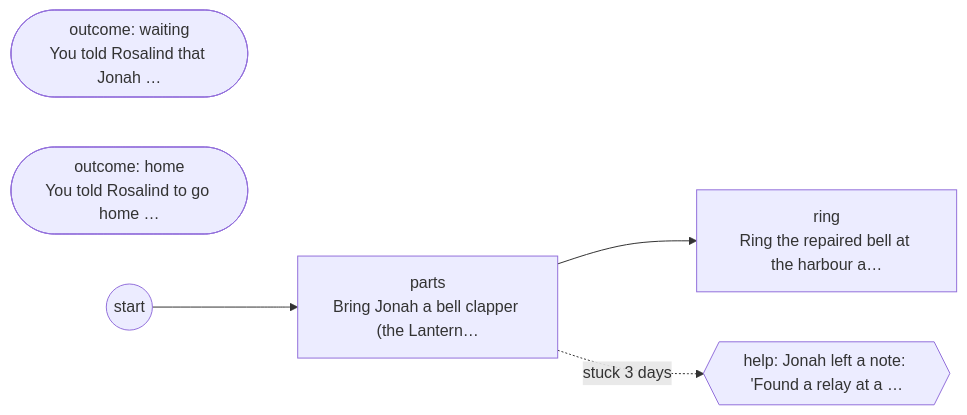
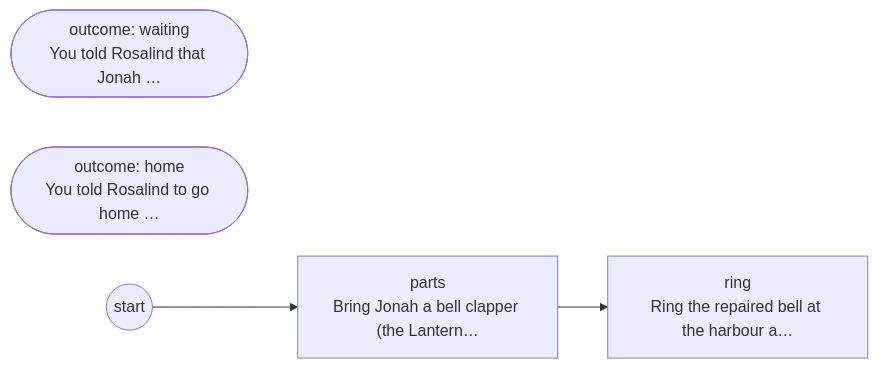
Diagram 13 of 15 in docs/generated/cases.md (DoctorStrangeSH/ECHOES-OF-THE-VEIL), drawn with Mermaid before and after one commit. The commit also changed other lines of this file and 46 other files, not shown here.

````diff
--- a/docs/generated/cases.md
+++ b/docs/generated/cases.md
@@ -224,11 +189,9 @@
 ```mermaid
 flowchart LR
   case_bell_parts["parts<br/>Bring Jonah a bell clapper (the Lantern…"]
   case_bell_ring["ring<br/>Ring the repaired bell at the harbour a…"]
   case_bell_parts --> case_bell_ring
   case_bell_out_waiting(["outcome: waiting<br/>You told Rosalind that Jonah …"])
   case_bell_out_home(["outcome: home<br/>You told Rosalind to go home …"])
   case_bell_START(("start")) --> case_bell_parts
-  case_bell_ff_0{{"help: Jonah left a note: 'Found a relay at a …"}}
-  case_bell_parts -.->|"stuck 3 days"| case_bell_ff_0
 ```
````
